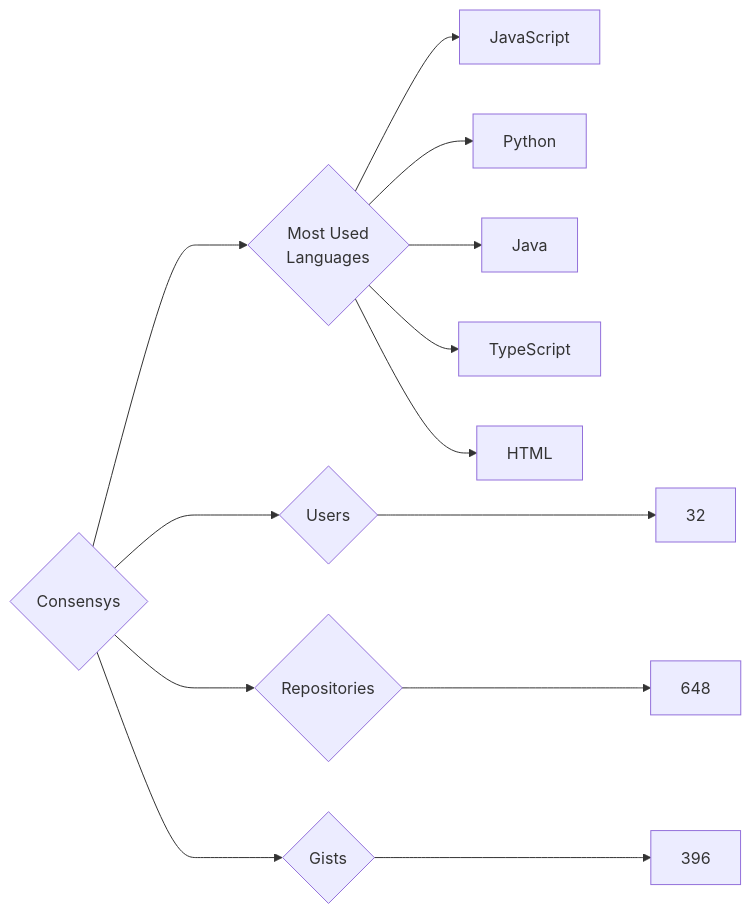
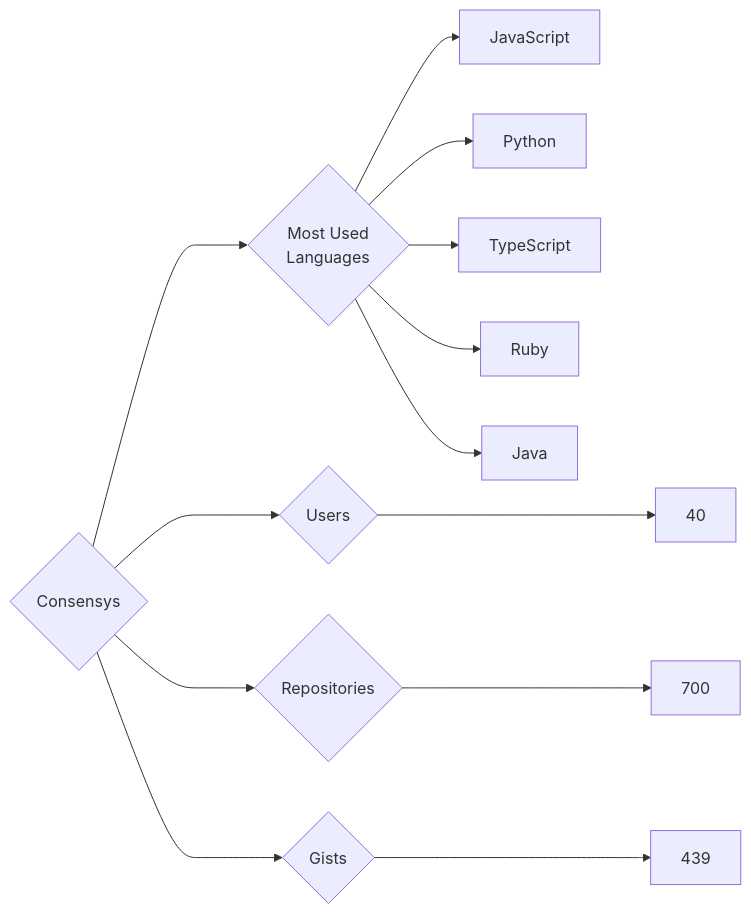
Before and after one commit to trickest/insiders: the diagram in targets/Consensys/README.md, drawn with Mermaid. The commit also changed 895 other files, not shown here.

````diff
--- a/targets/Consensys/README.md
+++ b/targets/Consensys/README.md
@@ -3,13 +3,13 @@
 ```mermaid
 graph LR
 COMPANY_NAME{Consensys}
-COMPANY_NAME ---> U{Users} ---> UN[32]
-COMPANY_NAME ---> R{Repositories} ---> RN[648]
-COMPANY_NAME ---> G{Gists} ---> GN[396]
+COMPANY_NAME ---> U{Users} ---> UN[40]
+COMPANY_NAME ---> R{Repositories} ---> RN[700]
+COMPANY_NAME ---> G{Gists} ---> GN[439]
 COMPANY_NAME ---> ML{Most Used<br>Languages}
 ML --> JavaScript[JavaScript]
 ML --> Python[Python]
+ML --> TypeScript[TypeScript]
+ML --> Ruby[Ruby]
 ML --> Java[Java]
-ML --> TypeScript[TypeScript]
-ML --> HTML[HTML]
 ```
````
